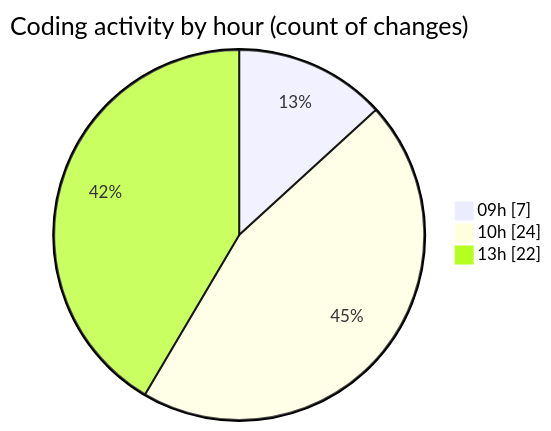
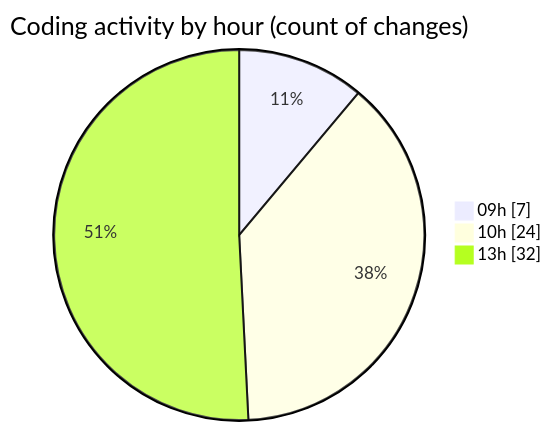
The second of 2 diagrams in 2025-04-10/cda/README.md (momahboobian/code-tracking), drawn with Mermaid before and after one commit. The commit also changed other lines of this file and 1 other file, not shown here.

````diff
--- a/2025-04-10/cda/README.md
+++ b/2025-04-10/cda/README.md
@@ -31,7 +31,7 @@
 ```mermaid
 pie showData
 title Coding activity by hour (count of changes)
 "09h" : 7
 "10h" : 24
-"13h" : 22
+"13h" : 32
 ```
````
